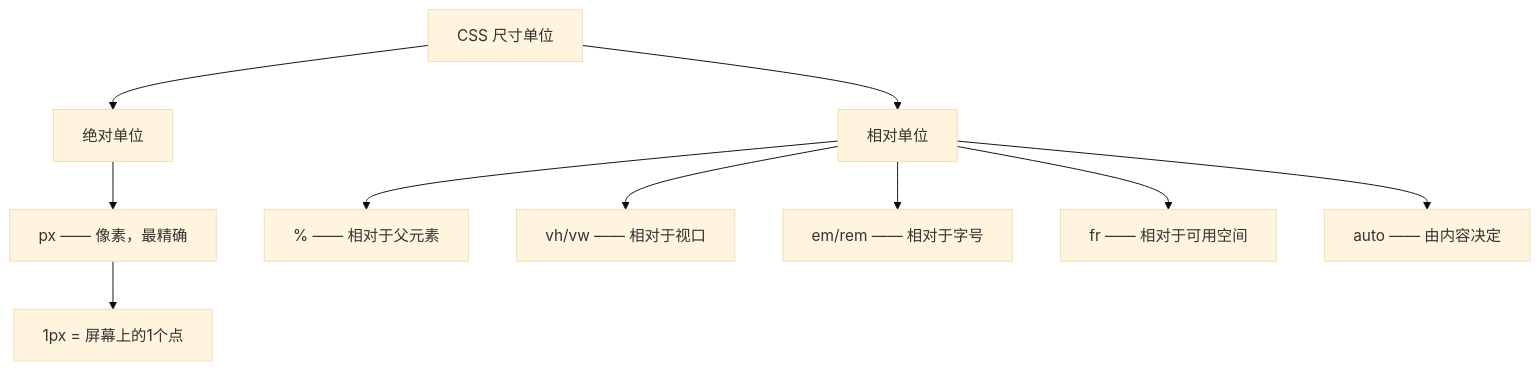
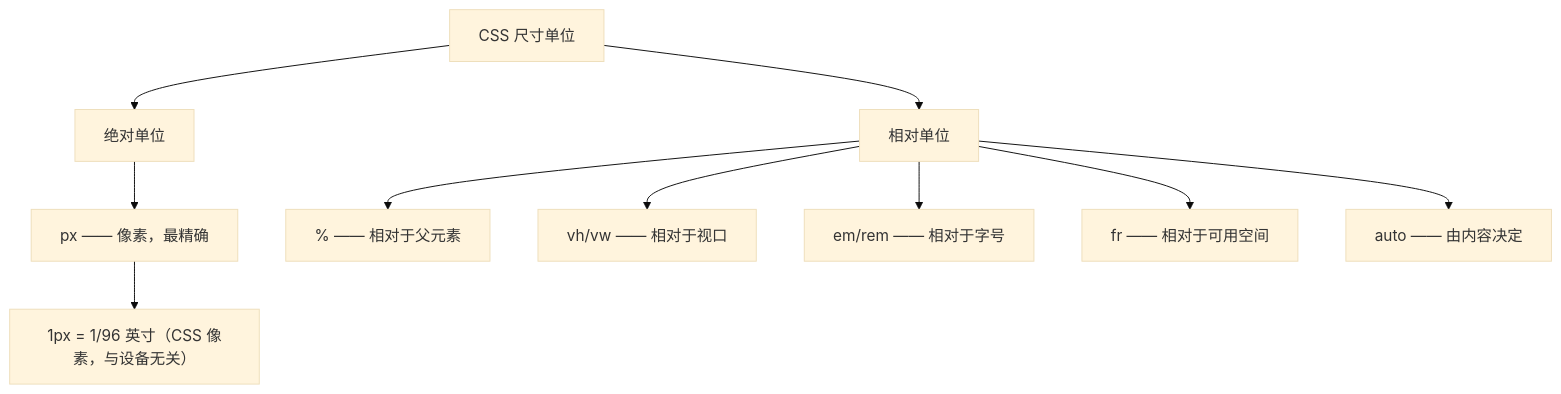
One commit to before80/prgms changed the diagram in content/CSS/basic/Chapter-14-Dimensions-and-Overflow.md. Above: the diagram before and after it, drawn with Mermaid (base theme). The commit also changed other lines of this file and 1645 other files, not shown here.

````diff
--- a/content/CSS/basic/Chapter-14-Dimensions-and-Overflow.md
+++ b/content/CSS/basic/Chapter-14-Dimensions-and-Overflow.md
@@ -2181,14 +2327,14 @@
 ```mermaid
 graph TD
     A["CSS 尺寸单位"] --> B["绝对单位"]
     A --> C["相对单位"]
 
     B --> B1["px —— 像素，最精确"]
-    B1 --> B2["1px = 屏幕上的1个点"]
+    B1 --> B2["1px = 1/96 英寸（CSS 像素，与设备无关）"]
 
     C --> C1["% —— 相对于父元素"]
     C --> C2["vh/vw —— 相对于视口"]
     C --> C3["em/rem —— 相对于字号"]
     C --> C4["fr —— 相对于可用空间"]
     C --> C5["auto —— 由内容决定"]
 ```
````
